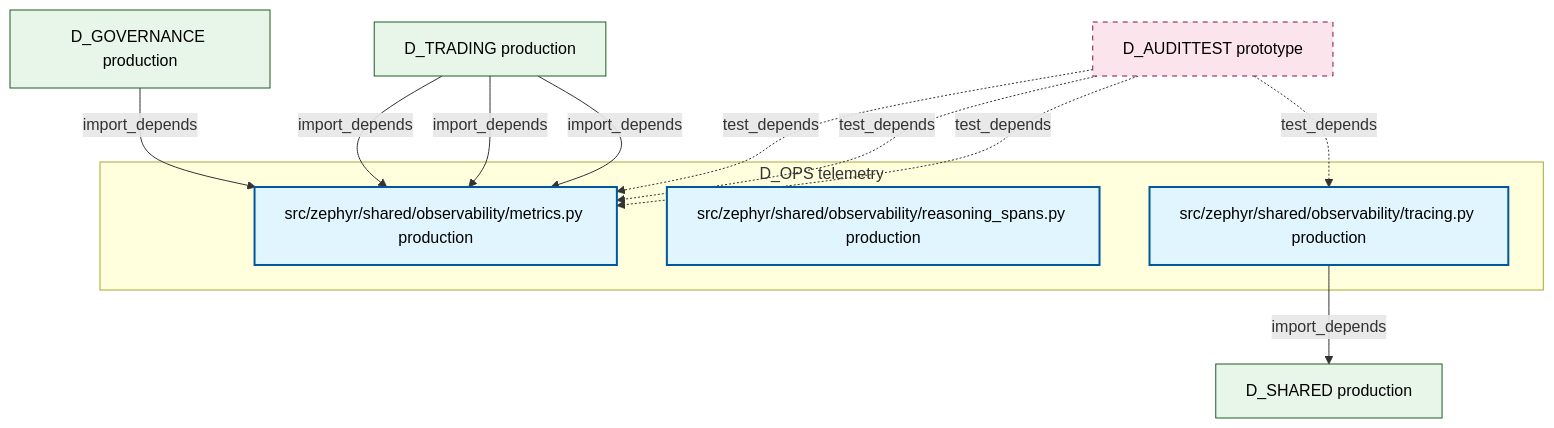
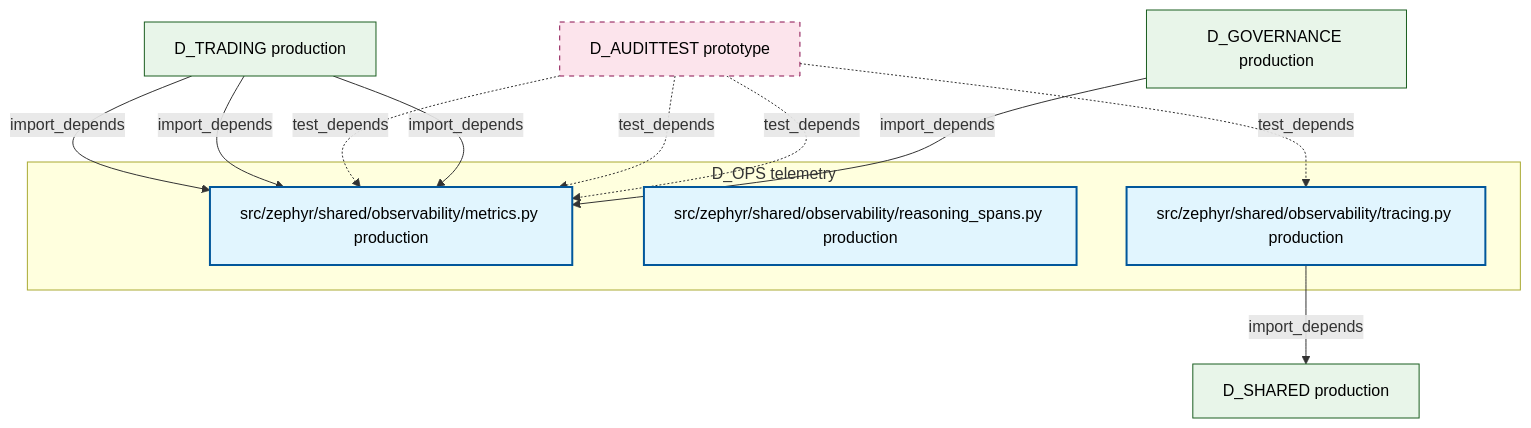
One commit to xuanFelixVan/ZephyrAlpha changed the diagram in docs/02_enterprise_architecture/02_domain_architecture_docs/15_d_ops.md. Above: the diagram before and after it, drawn with Mermaid. The commit also changed other lines of this file and 99 other files, not shown here.

````diff
--- a/docs/02_enterprise_architecture/02_domain_architecture_docs/15_d_ops.md
+++ b/docs/02_enterprise_architecture/02_domain_architecture_docs/15_d_ops.md
@@ -47,28 +47,28 @@
 ```mermaid
 graph TD
     subgraph D_OPS["D_OPS telemetry"]
         src_zephyr_shared_observability_metrics_py["src/zephyr/shared/observability/metrics.py production"]
         src_zephyr_shared_observability_reasoning_spans_py["src/zephyr/shared/observability/reasoning_spans.py production"]
         src_zephyr_shared_observability_tracing_py["src/zephyr/shared/observability/tracing.py production"]
     end
     D_SHARED["D_SHARED production"]
     src_zephyr_shared_observability_tracing_py -->|import_depends| D_SHARED
     D_GOVERNANCE["D_GOVERNANCE production"]
     D_GOVERNANCE -->|import_depends| src_zephyr_shared_observability_metrics_py
-    D_TRADING["D_TRADING production"]
-    D_TRADING -->|import_depends| src_zephyr_shared_observability_metrics_py
     D_AUDITTEST["D_AUDITTEST prototype"]
     D_AUDITTEST -.->|test_depends| src_zephyr_shared_observability_metrics_py
     D_AUDITTEST -.->|test_depends| src_zephyr_shared_observability_metrics_py
+    D_TRADING["D_TRADING production"]
+    D_TRADING -->|import_depends| src_zephyr_shared_observability_metrics_py
     D_AUDITTEST -.->|test_depends| src_zephyr_shared_observability_metrics_py
     D_TRADING -->|import_depends| src_zephyr_shared_observability_metrics_py
     D_TRADING -->|import_depends| src_zephyr_shared_observability_metrics_py
     D_AUDITTEST -.->|test_depends| src_zephyr_shared_observability_tracing_py
     classDef production fill:#e1f5fe,stroke:#01579b,stroke-width:2px,color:#000
     classDef design fill:#fff3e0,stroke:#e65100,stroke-width:2px,color:#000,stroke-dasharray: 5 5
     classDef external_prod fill:#e8f5e9,stroke:#1b5e20,stroke-width:1px,color:#000
     classDef external_design fill:#fce4ec,stroke:#880e4f,stroke-width:1px,color:#000,stroke-dasharray: 5 5
     class src_zephyr_shared_observability_metrics_py,src_zephyr_shared_observability_reasoning_spans_py,src_zephyr_shared_observability_tracing_py production
     class D_SHARED,D_GOVERNANCE,D_TRADING external_prod
     class D_AUDITTEST external_design
 ```
````
